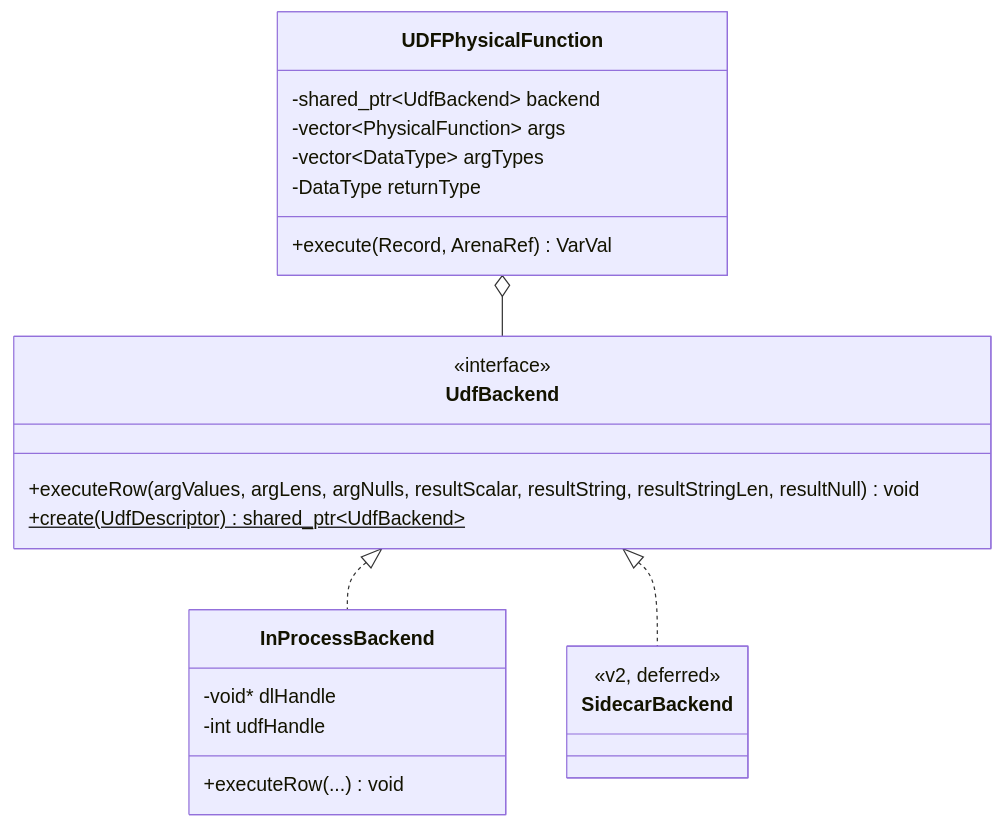
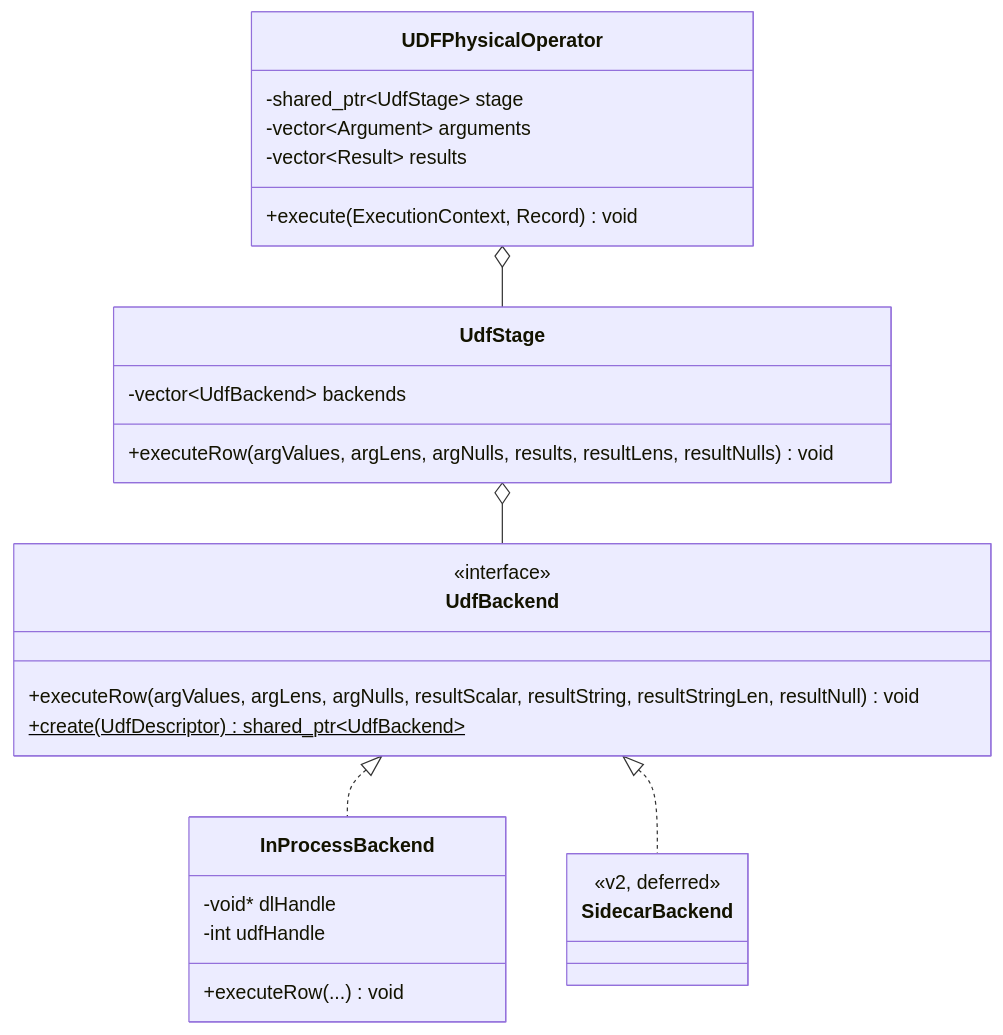
Before and after one commit to nebulastream/nebulastream: the second of 2 diagrams in docs/design/20260708_Scalar_UDF_Support.md, drawn with Mermaid. The commit also changed other lines of this file and 32 other files, not shown here.

First line of the commit message:
feat(udf): run in-process UDFs in a fused UDF operator

````diff
--- a/docs/design/20260708_Scalar_UDF_Support.md
+++ b/docs/design/20260708_Scalar_UDF_Support.md
@@ -205,26 +206,30 @@
 ```mermaid
 classDiagram
     class UdfBackend {
       <<interface>>
       +executeRow(argValues, argLens, argNulls, resultScalar, resultString, resultStringLen, resultNull) void
       +create(UdfDescriptor)$ shared_ptr~UdfBackend~
     }
     class InProcessBackend {
       -void* dlHandle
       -int udfHandle
       +executeRow(...) void
     }
     class SidecarBackend {
       <<v2, deferred>>
     }
-    class UDFPhysicalFunction {
-      -shared_ptr~UdfBackend~ backend
-      -vector~PhysicalFunction~ args
-      -vector~DataType~ argTypes
-      -DataType returnType
-      +execute(Record, ArenaRef) VarVal
+    class UdfStage {
+      -vector~UdfBackend~ backends
+      +executeRow(argValues, argLens, argNulls, results, resultLens, resultNulls) void
+    }
+    class UDFPhysicalOperator {
+      -shared_ptr~UdfStage~ stage
+      -vector~Argument~ arguments
+      -vector~Result~ results
+      +execute(ExecutionContext, Record) void
     }
     UdfBackend <|.. InProcessBackend
     UdfBackend <|.. SidecarBackend
-    UDFPhysicalFunction o-- UdfBackend
+    UDFPhysicalOperator o-- UdfStage
+    UdfStage o-- UdfBackend
 ```
````
